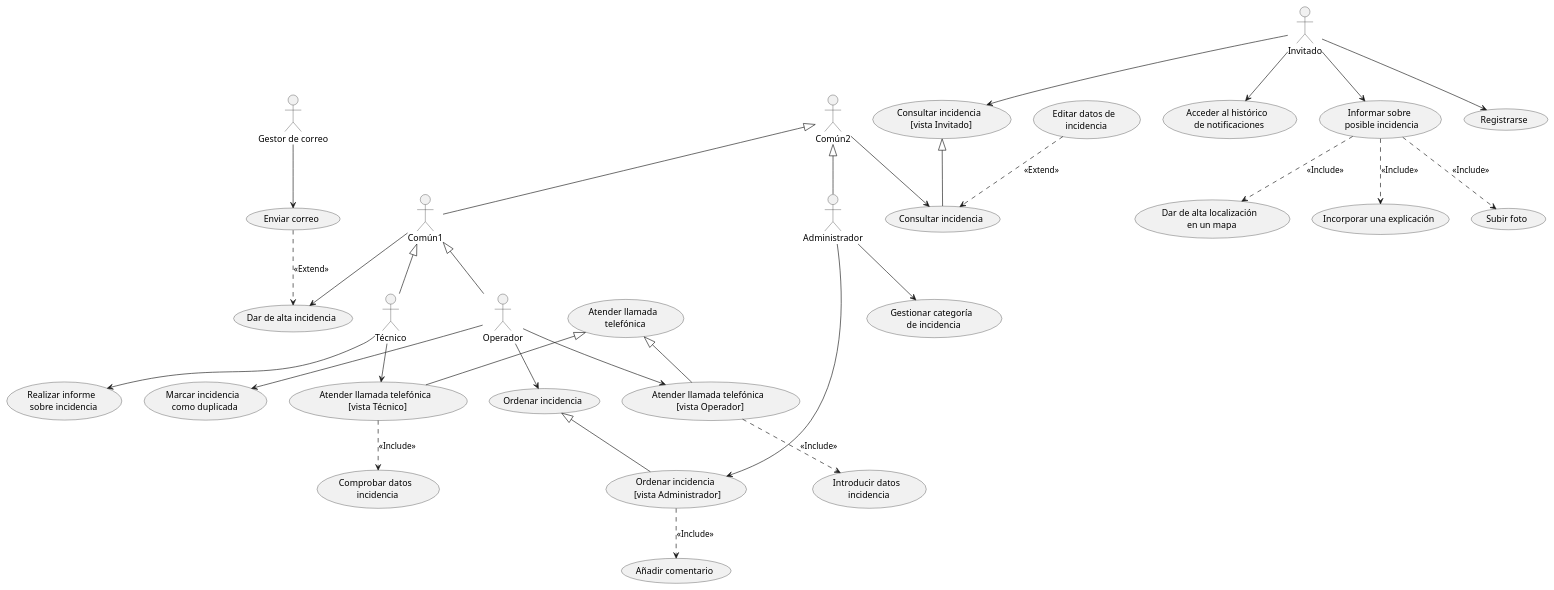
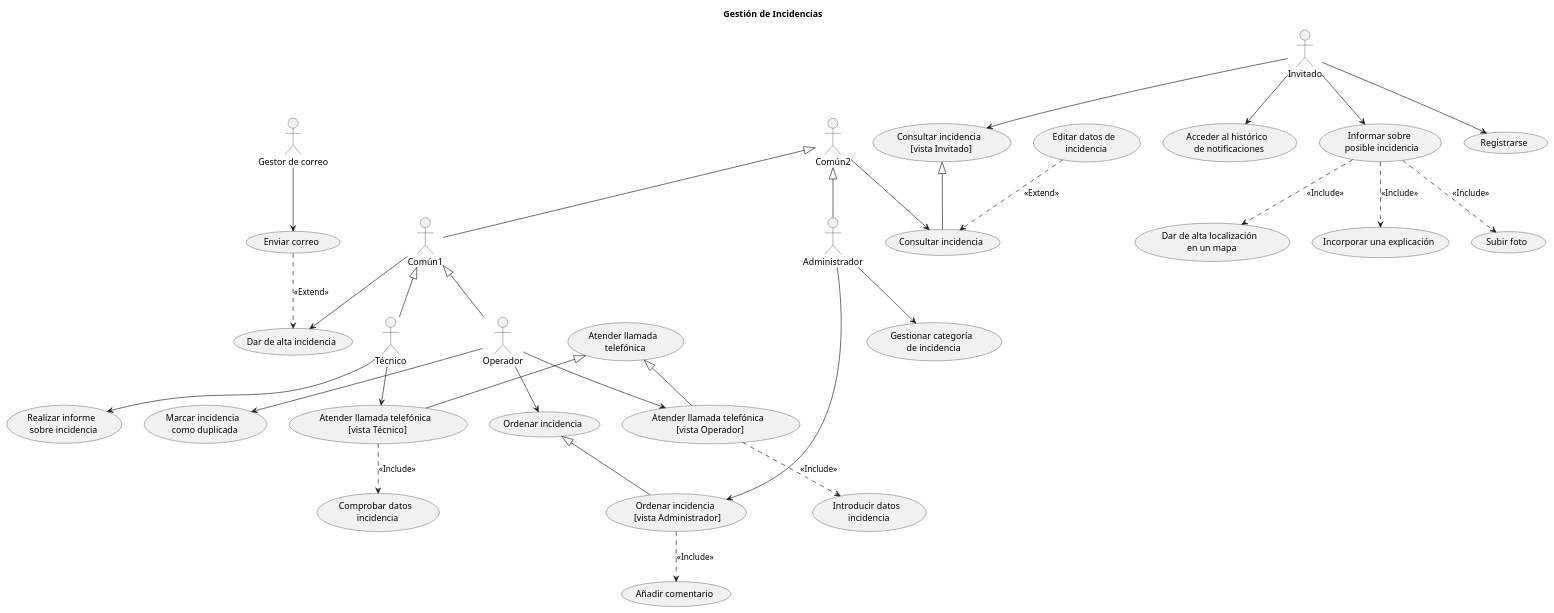
Before and after one commit to emg842/INRE-UAL-ROJO-2022: the diagram in LAB0/src/gestion_de_incidencias.puml, drawn with PlantUML. The commit also changed 6 other files, not shown here.

Commit message:
Puesta a punto de los diagramas de la actividad lab0

```diff
--- a/LAB0/src/gestion_de_incidencias.puml
+++ b/LAB0/src/gestion_de_incidencias.puml
@@ -1,68 +1,69 @@
 @startuml gestion_de_incidencias
+title Gestión de Incidencias
 
 :Administrador: as A1
 :Común1: as A2
 :Común2: as A3
 :Gestor de correo: as A4
 :Invitado: as A5
 :Operador: as A6
 :Técnico: as A7
 
 (Acceder al histórico \n de notificaciones) as UC1
 (Añadir comentario) as UC2
 (Atender llamada \n telefónica) as UC3
 (Atender llamada telefónica \n [vista Operador]) as UC4
 (Atender llamada telefónica \n [vista Técnico]) as UC5
 (Comprobar datos \n incidencia) as UC6
 (Consultar incidencia) as UC7
 (Consultar incidencia \n [vista Invitado]) as UC8
 (Dar de alta incidencia) as UC9
 (Dar de alta localización \n en un mapa) as UC10
 (Editar datos de \n incidencia) as UC11
 (Enviar correo) as UC12
 (Gestionar categoría \n de incidencia) as UC13
 (Incorporar una explicación) as UC14
 (Informar sobre \n posible incidencia) as UC15
 (Introducir datos \n incidencia) as UC16
 (Marcar incidencia \n como duplicada) as UC17
 (Ordenar incidencia) as UC18
 (Ordenar incidencia \n [vista Administrador]) as UC19
 (Realizar informe \n sobre incidencia) as UC20
 (Registrarse) as UC21
 (Subir foto) as UC22
 
 A1 --> UC13
 A1 --> UC19
 A2 --> UC9
 A3 --> UC7
 A4 --> UC12
 A5 --> UC1
 A5 --> UC8
 A5 --> UC15
 A5 --> UC21
 A6 --> UC4
 A6 --> UC17
 A6 --> UC18
 A7 --> UC5
 A7 --> UC20
 
 A2 <|-- A6
 A2 <|-- A7
 A3 <|-- A1
 A3 <|-- A2
 UC3 <|-- UC4
 UC3 <|-- UC5
 UC8 <|-- UC7
 UC18 <|-- UC19
 
 UC11 ..> UC7 : <<Extend>>
 UC12 ..> UC9 : <<Extend>>
 
 UC4 ..> UC16 : <<Include>>
 UC5 ..> UC6 : <<Include>>
 UC15 ..> UC10 : <<Include>>
 UC15 ..> UC14 : <<Include>>
 UC15 ..> UC22 : <<Include>>
 UC19 ..> UC2 : <<Include>>
 
 @enduml
```
